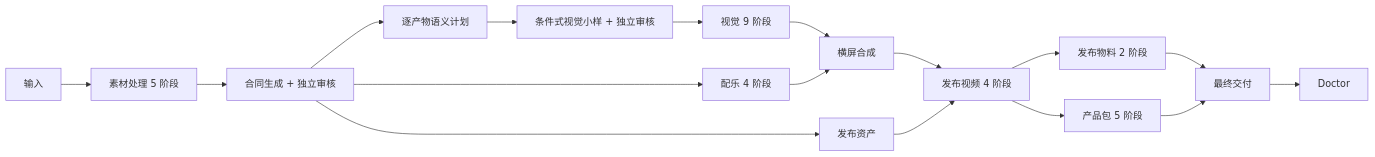
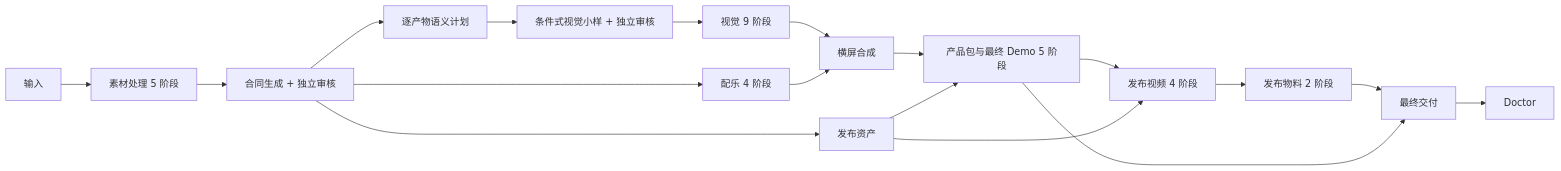
One commit to LiuDaring1/story-agent-production-system changed the diagram in docs/architecture/stage-dag.md. Above: the diagram before and after it, drawn with Mermaid. The commit also changed other lines of this file and 6 other files, not shown here.

````diff
--- a/docs/architecture/stage-dag.md
+++ b/docs/architecture/stage-dag.md
@@ -21,19 +21,20 @@
 ```mermaid
 flowchart LR
     I["输入"] --> SE["素材处理 5 阶段"]
     SE --> CT["合同生成 + 独立审核"]
     CT --> SP["逐产物语义计划"]
     SP --> VS["条件式视觉小样 + 独立审核"]
     VS --> VI["视觉 9 阶段"]
     CT --> MU["配乐 4 阶段"]
     CT --> RA["发布资产"]
     VI --> A["横屏合成"]
     MU --> A
-    A --> RP["发布视频 4 阶段"]
+    A --> PROD["产品包与最终 Demo 5 阶段"]
+    RA --> PROD
+    PROD --> RP["发布视频 4 阶段"]
     RA --> RP
     RP --> PUB["发布物料 2 阶段"]
-    RP --> PROD["产品包 5 阶段"]
     PUB --> FD["最终交付"]
     PROD --> FD
     FD --> DR["Doctor"]
 ```
````
